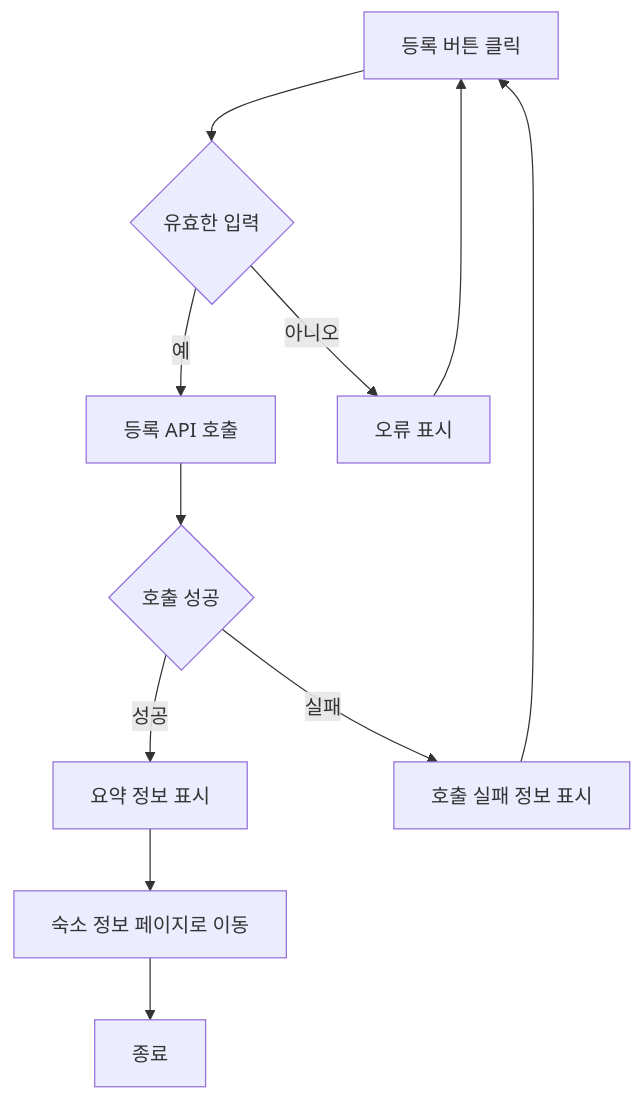
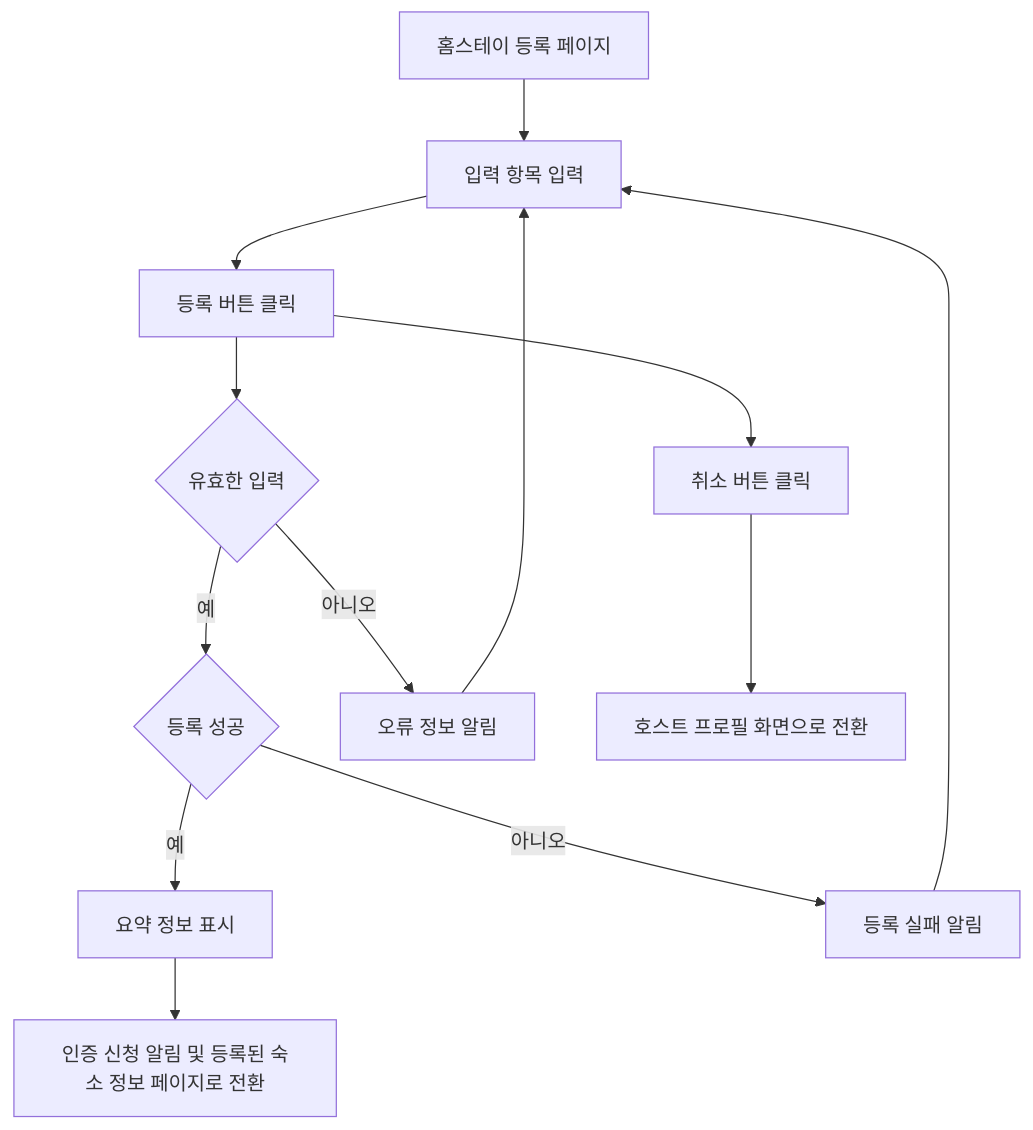
Before and after one commit to red-dev-Mark/devcamp-onboarding-project-Team-2: the fourth of 7 diagrams in design/기능정의서.md, drawn with Mermaid. The commit also changed other lines of this file, not shown here.

````diff
--- a/design/기능정의서.md
+++ b/design/기능정의서.md
@@ -195,13 +196,16 @@
 ```mermaid
 flowchart TD
-    A[등록 버튼 클릭] --> B[입력 항목 유효성 검증]
-    B{유효한 입력} -- 예 --> C[등록 API 호출]
-    B{유효한 입력} -- 아니오 --> D[오류 표시]
-    D --> A
-    C --> E{호출 성공}
-    E -- 성공 --> F[요약 정보 표시]
-    F --> G[숙소 정보 페이지로 이동]
-    E -- 실패 --> H[호출 실패 정보 표시]
-    H --> A
-    G --> Z[종료]
-```
+    A[홈스테이 등록 페이지] --> B[입력 항목 입력]
+    B --> C[등록 버튼 클릭]
+    C --> D[입력 항목 유효성 검증]
+    D{유효한 입력} -- 예 --> G{등록 성공}
+    D -- 아니오 --> F[오류 정보 알림]
+    F --> B
+    G -- 예 --> H[요약 정보 표시]
+    H --> I[인증 신청 알림 및 등록된 숙소 정보 페이지로 전환]
+    G -- 아니오 --> J[등록 실패 알림]
+    J --> B
+
+    C --> K[취소 버튼 클릭]
+    K --> L[호스트 프로필 화면으로 전환]
+  ```
````
